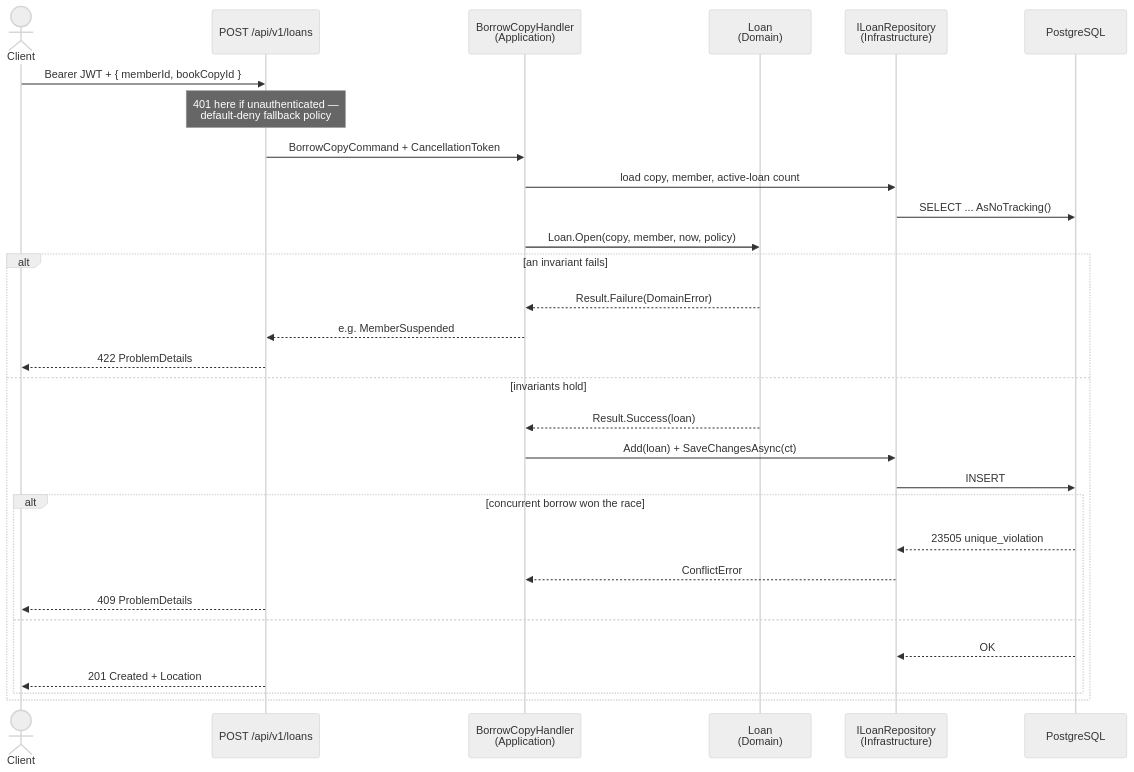
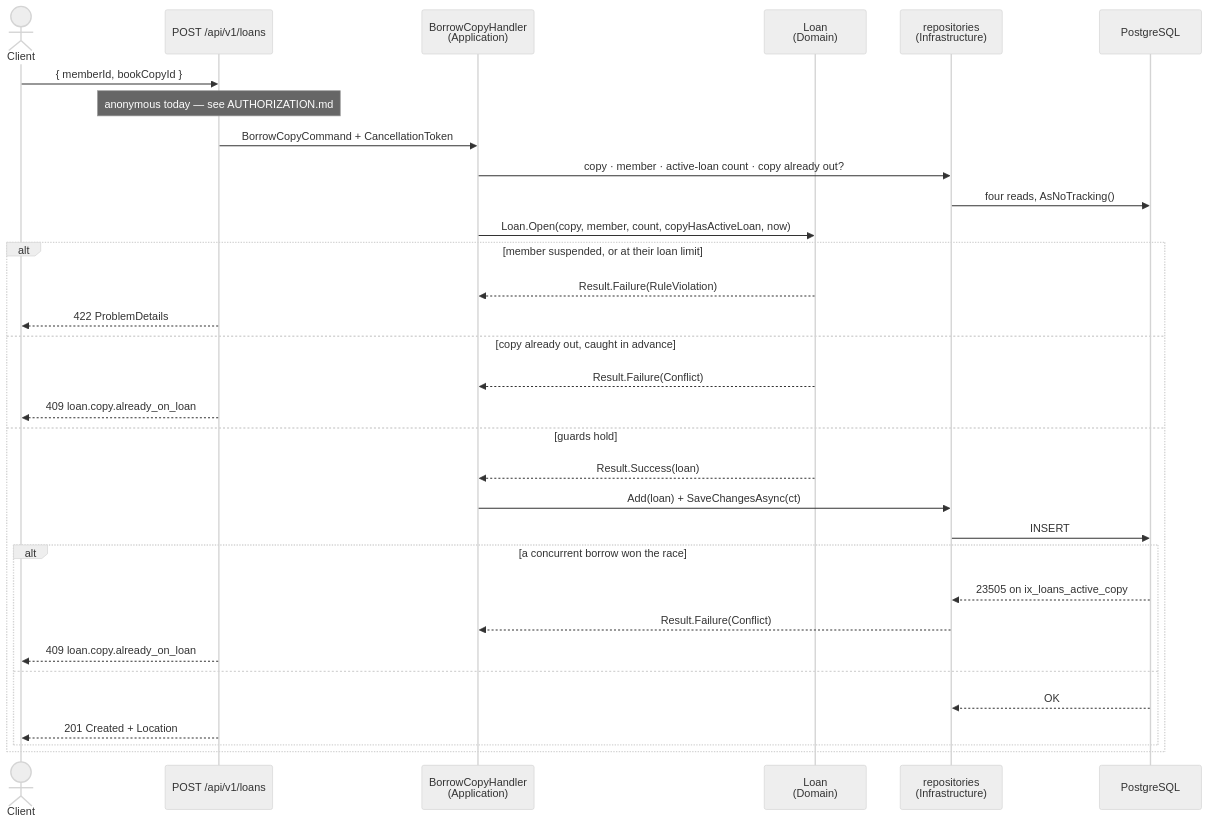
Before and after one commit to Nooziergg/library-loans-api: the seventh of 7 diagrams in docs/ARCHITECTURE.md, drawn with Mermaid (neutral theme). The commit also changed other lines of this file and 1 other file, not shown here.

First line of the commit message:
docs: mark the loan rules as built, and record why the index is partial

````diff
--- a/docs/ARCHITECTURE.md
+++ b/docs/ARCHITECTURE.md
@@ -221,33 +259,35 @@
 ```mermaid
 sequenceDiagram
     actor C as Client
     participant EP as POST /api/v1/loans
     participant H as BorrowCopyHandler<br/>(Application)
     participant AG as Loan<br/>(Domain)
-    participant RP as ILoanRepository<br/>(Infrastructure)
+    participant RP as repositories<br/>(Infrastructure)
     participant PG as PostgreSQL
 
-    C->>EP: Bearer JWT + { memberId, bookCopyId }
-    Note over EP: 401 here if unauthenticated —<br/>default-deny fallback policy
+    C->>EP: { memberId, bookCopyId }
+    Note over EP: anonymous today — see AUTHORIZATION.md
     EP->>H: BorrowCopyCommand + CancellationToken
-    H->>RP: load copy, member, active-loan count
-    RP->>PG: SELECT ... AsNoTracking()
-    H->>AG: Loan.Open(copy, member, now, policy)
-    alt an invariant fails
-        AG-->>H: Result.Failure(DomainError)
-        H-->>EP: e.g. MemberSuspended
+    H->>RP: copy · member · active-loan count · copy already out?
+    RP->>PG: four reads, AsNoTracking()
+    H->>AG: Loan.Open(copy, member, count, copyHasActiveLoan, now)
+    alt member suspended, or at their loan limit
+        AG-->>H: Result.Failure(RuleViolation)
         EP-->>C: 422 ProblemDetails
-    else invariants hold
+    else copy already out, caught in advance
+        AG-->>H: Result.Failure(Conflict)
+        EP-->>C: 409 loan.copy.already_on_loan
+    else guards hold
         AG-->>H: Result.Success(loan)
         H->>RP: Add(loan) + SaveChangesAsync(ct)
         RP->>PG: INSERT
-        alt concurrent borrow won the race
-            PG-->>RP: 23505 unique_violation
-            RP-->>H: ConflictError
-            EP-->>C: 409 ProblemDetails
+        alt a concurrent borrow won the race
+            PG-->>RP: 23505 on ix_loans_active_copy
+            RP-->>H: Result.Failure(Conflict)
+            EP-->>C: 409 loan.copy.already_on_loan
         else
             PG-->>RP: OK
             EP-->>C: 201 Created + Location
         end
     end
 ```
````
